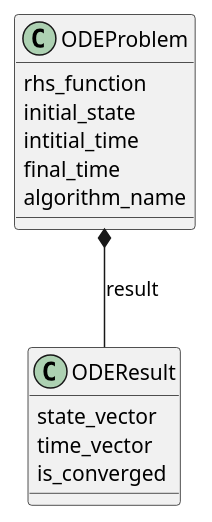
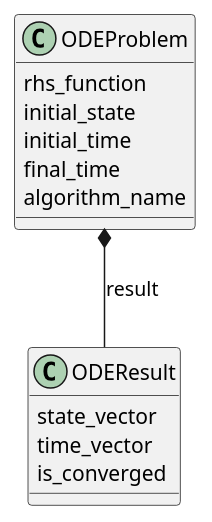
One commit to gemseo/gemseo changed the first of 3 diagrams in doc_src/ode/ode.rst. Above: the diagram before and after it, drawn with PlantUML. The commit also changed other lines of this file and 34 other files, not shown here.

```diff
--- a/doc_src/ode/ode.rst
+++ b/doc_src/ode/ode.rst
@@ -61,19 +61,19 @@
 .. uml::
 
     @startuml
     set namespaceSeparator none
     class "ODEProblem" as gemseo.algos.ode.ode_problem.ODEProblem {
     rhs_function
     initial_state
-    intitial_time
+    initial_time
     final_time
     algorithm_name
     }
     class "ODEResult" as gemseo.algos.ode.ode_result.ODEResult {
     state_vector
     time_vector
     is_converged
     }
 
     gemseo.algos.ode.ode_problem.ODEProblem *-- gemseo.algos.ode.ode_result.ODEResult : result
     @enduml
```
